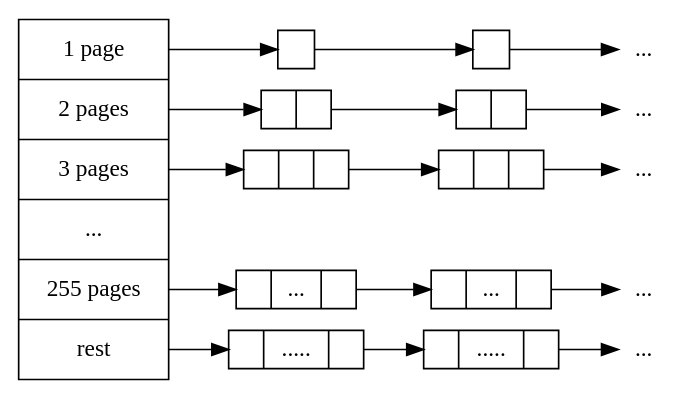
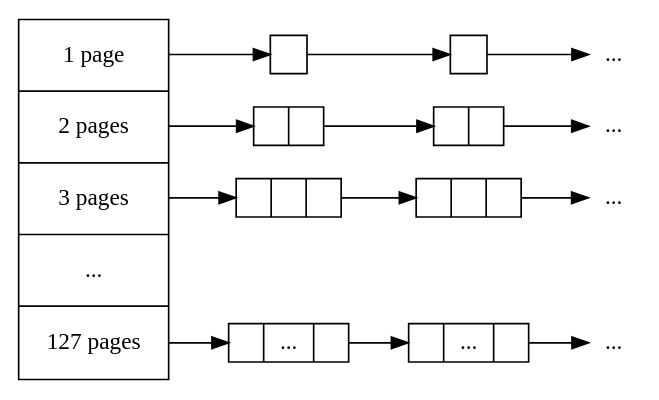
One commit to gperftools/gperftools changed the diagram in docs/pageheap.dot. Above: the diagram before and after it, drawn with Graphviz. The commit also changed 2 other files, not shown here.

Commit message:
Update docs for central page heap to reflect tree

```diff
--- a/docs/pageheap.dot
+++ b/docs/pageheap.dot
@@ -1,29 +1,25 @@
 digraph PageHeap {
 rankdir=LR
 node [shape=box, width=0.3, height=0.3]
 nodesep=.05
 
-heap [shape=record, height=3, label="<f0>1 page|<f1>2 pages|<f2>3 pages|...|<f255>255 pages|<frest>rest"]
+heap [shape=record, height=3, label="<f0>1 page|<f1>2 pages|<f2>3 pages|...|<f127>127 pages"]
 O0 [shape=record, label=""]
 O1 [shape=record, label=""]
 O2 [shape=record, label="{|}"]
 O3 [shape=record, label="{|}"]
 O4 [shape=record, label="{||}"]
 O5 [shape=record, label="{||}"]
 O6 [shape=record, label="{|...|}"]
 O7 [shape=record, label="{|...|}"]
-O8 [shape=record, label="{|.....|}"]
-O9 [shape=record, label="{|.....|}"]
 sep1 [shape=plaintext, label="..."]
 sep2 [shape=plaintext, label="..."]
 sep3 [shape=plaintext, label="..."]
 sep4 [shape=plaintext, label="..."]
-sep5 [shape=plaintext, label="..."]
 
 heap:f0 -> O0 -> O1 -> sep1
 heap:f1 -> O2 -> O3 -> sep2
 heap:f2 -> O4 -> O5 -> sep3
-heap:f255 -> O6 -> O7 -> sep4
-heap:frest -> O8 -> O9 -> sep5
+heap:f127 -> O6 -> O7 -> sep4
 
 }
```
